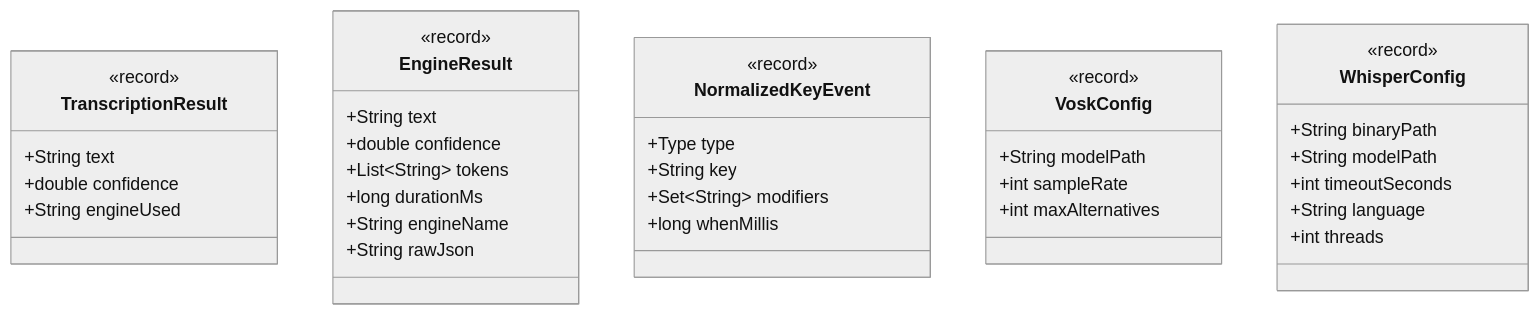
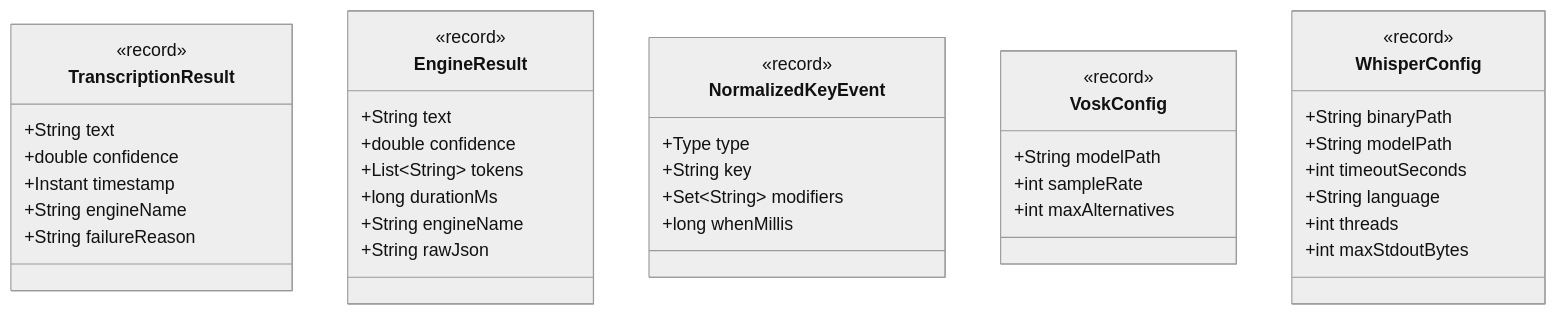
The eighth of 9 diagrams in docs/diagrams/class-dependencies.md (phillippitts/speakToMack), drawn with Mermaid (neutral theme) before and after one commit. The commit also changed other lines of this file and 499 other files, not shown here.

````diff
--- a/docs/diagrams/class-dependencies.md
+++ b/docs/diagrams/class-dependencies.md
@@ -385,43 +383,46 @@
 ```mermaid
 classDiagram
     class TranscriptionResult {
         <<record>>
         +String text
         +double confidence
-        +String engineUsed
+        +Instant timestamp
+        +String engineName
+        +String failureReason
     }
 
     class EngineResult {
         <<record>>
         +String text
         +double confidence
         +List~String~ tokens
         +long durationMs
         +String engineName
         +String rawJson
     }
 
     class NormalizedKeyEvent {
         <<record>>
         +Type type
         +String key
         +Set~String~ modifiers
         +long whenMillis
     }
 
     class VoskConfig {
         <<record>>
         +String modelPath
         +int sampleRate
         +int maxAlternatives
     }
 
     class WhisperConfig {
         <<record>>
         +String binaryPath
         +String modelPath
         +int timeoutSeconds
         +String language
         +int threads
+        +int maxStdoutBytes
     }
 ```
````
